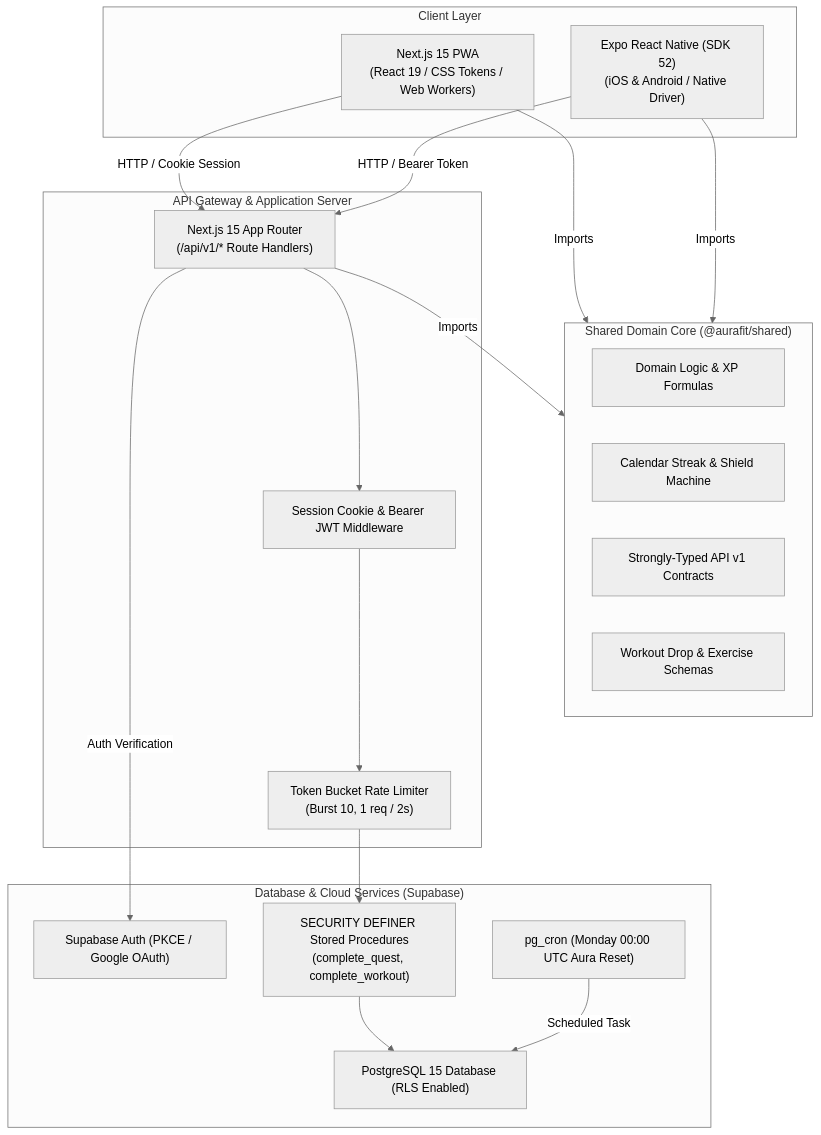
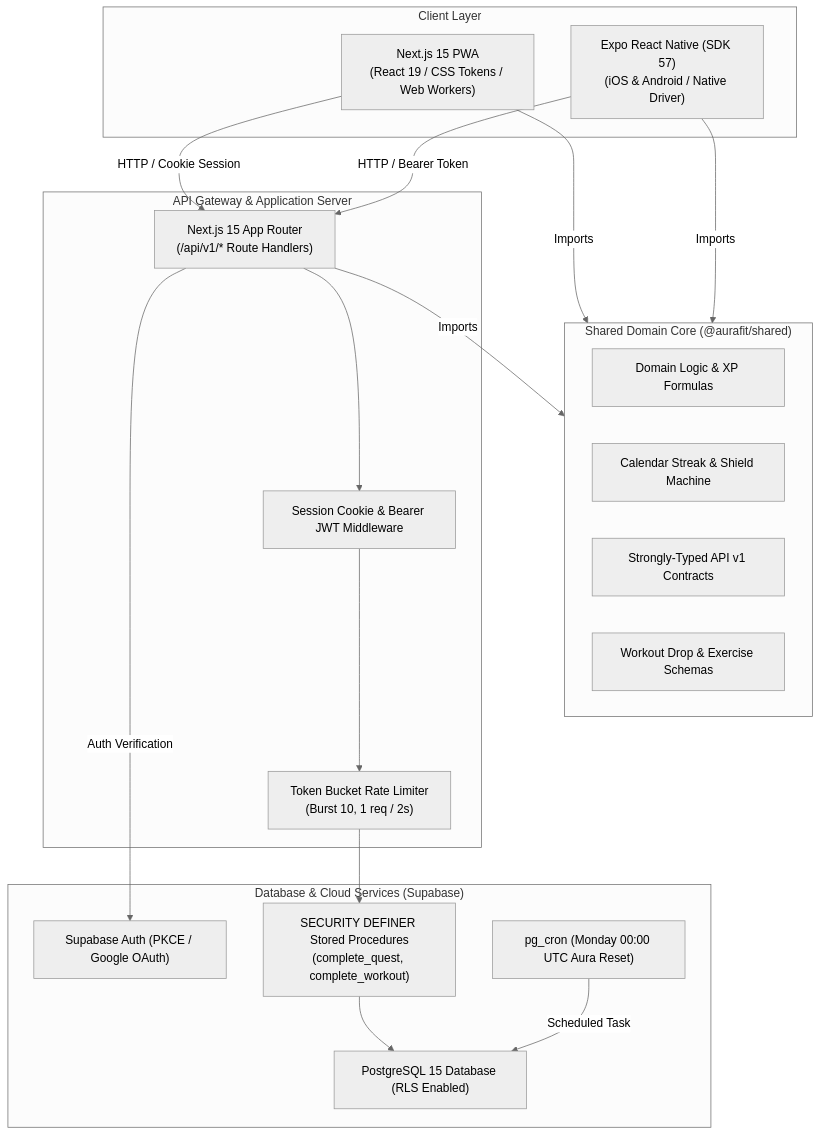
Before and after one commit to drdhavaltrivedi/aurafit: the first of 4 diagrams in README.md, drawn with Mermaid (neutral theme). The commit also changed other lines of this file, not shown here.

Commit message:
README: feature status, squads loop, release status and roadmap; current versions, test counts and deploy steps

````diff
--- a/README.md
+++ b/README.md
@@ -38,41 +58,41 @@
 ```mermaid
 graph TD
     subgraph Clients ["Client Layer"]
         WebPWA["Next.js 15 PWA<br/>(React 19 / CSS Tokens / Web Workers)"]
-        MobileApp["Expo React Native (SDK 52)<br/>(iOS & Android / Native Driver)"]
+        MobileApp["Expo React Native (SDK 57)<br/>(iOS & Android / Native Driver)"]
     end
 
     subgraph SharedCore ["Shared Domain Core (@aurafit/shared)"]
         DomainLogic["Domain Logic & XP Formulas"]
         StreakMachine["Calendar Streak & Shield Machine"]
         ApiContracts["Strongly-Typed API v1 Contracts"]
         DropSchemas["Workout Drop & Exercise Schemas"]
     end
 
     subgraph Gateway ["API Gateway & Application Server"]
         NextGateway["Next.js 15 App Router<br/>(/api/v1/* Route Handlers)"]
         RateLimiter["Token Bucket Rate Limiter<br/>(Burst 10, 1 req / 2s)"]
         SessionAuth["Session Cookie & Bearer JWT Middleware"]
     end
 
     subgraph Backend ["Database & Cloud Services (Supabase)"]
         SupaAuth["Supabase Auth (PKCE / Google OAuth)"]
         PostgresDB["PostgreSQL 15 Database (RLS Enabled)"]
         StoredProcs["SECURITY DEFINER Stored Procedures<br/>(complete_quest, complete_workout)"]
         PgCron["pg_cron (Monday 00:00 UTC Aura Reset)"]
     end
 
     WebPWA -->|Imports| SharedCore
     MobileApp -->|Imports| SharedCore
     NextGateway -->|Imports| SharedCore
 
     WebPWA -->|HTTP / Cookie Session| NextGateway
     MobileApp -->|HTTP / Bearer Token| NextGateway
 
     NextGateway --> SessionAuth
     SessionAuth --> RateLimiter
     RateLimiter --> StoredProcs
     StoredProcs --> PostgresDB
     NextGateway -->|Auth Verification| SupaAuth
     PgCron -->|Scheduled Task| PostgresDB
 ```
````
